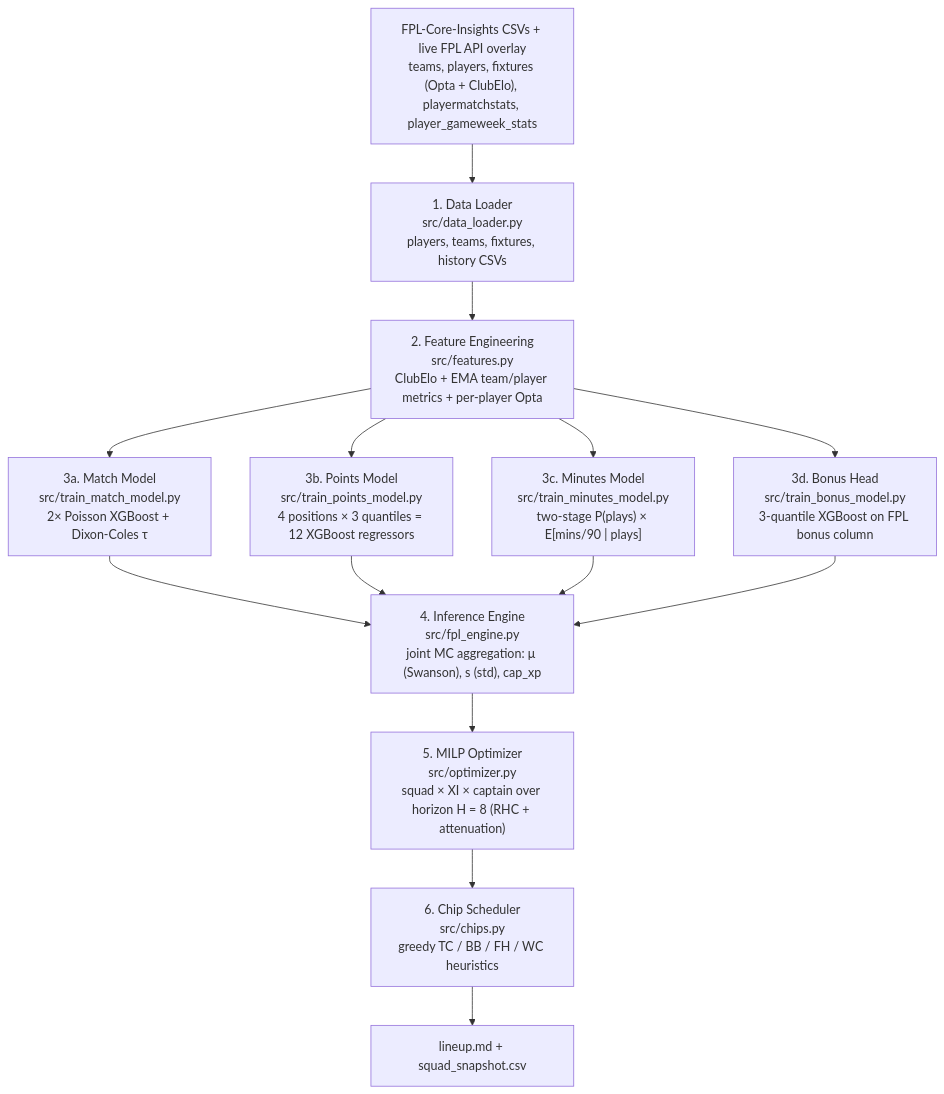
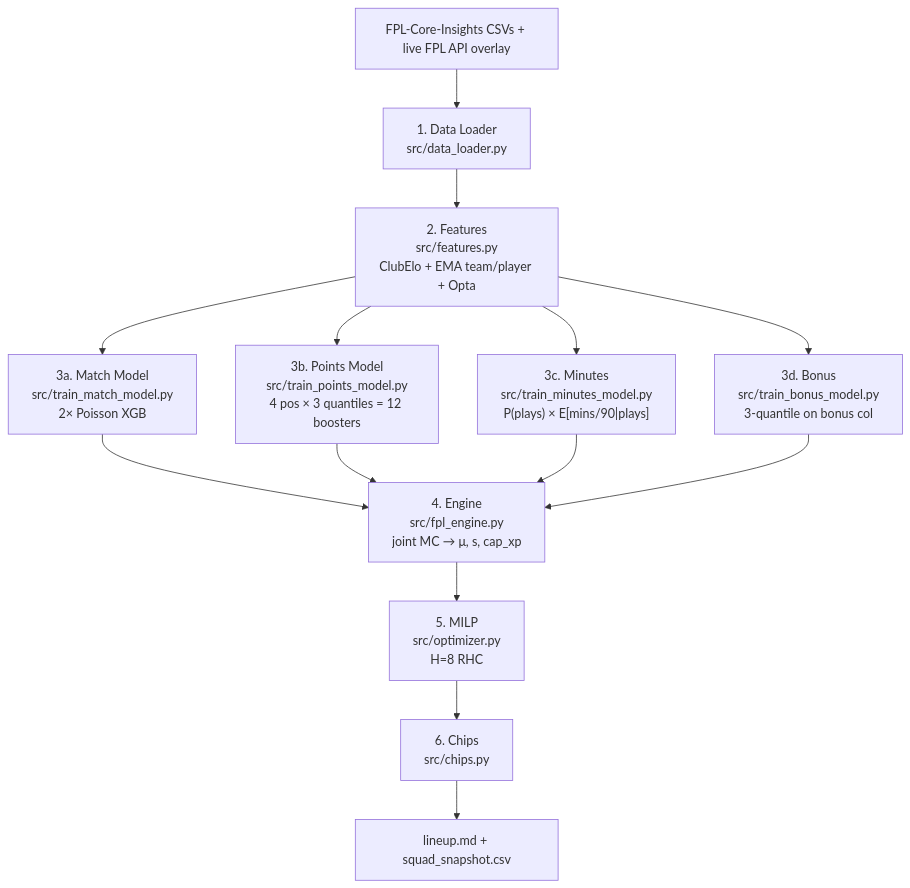
One commit to truong-tt/fpl-ml-manager changed the diagram in docs/README.md. Above: the diagram before and after it, drawn with Mermaid. The commit also changed other lines of this file and 6 other files, not shown here.

First line of the commit message:
refactor: drop Dixon-Coles tau correction

````diff
--- a/docs/README.md
+++ b/docs/README.md
@@ -38,24 +37,17 @@
 ```mermaid
 flowchart TD
-    A["FPL-Core-Insights CSVs + live FPL API overlay<br/>teams, players, fixtures (Opta + ClubElo), playermatchstats, player_gameweek_stats"]
-    B["1. Data Loader<br/>src/data_loader.py<br/>players, teams, fixtures, history CSVs"]
-    C["2. Feature Engineering<br/>src/features.py<br/>ClubElo + EMA team/player metrics + per-player Opta"]
-    D["3a. Match Model<br/>src/train_match_model.py<br/>2× Poisson XGBoost + Dixon-Coles τ"]
-    E["3b. Points Model<br/>src/train_points_model.py<br/>4 positions × 3 quantiles = 12 XGBoost regressors"]
-    M["3c. Minutes Model<br/>src/train_minutes_model.py<br/>two-stage P(plays) × E[mins/90 | plays]"]
-    N["3d. Bonus Head<br/>src/train_bonus_model.py<br/>3-quantile XGBoost on FPL bonus column"]
-    F["4. Inference Engine<br/>src/fpl_engine.py<br/>joint MC aggregation: μ (Swanson), s (std), cap_xp"]
-    G["5. MILP Optimizer<br/>src/optimizer.py<br/>squad × XI × captain over horizon H = 8 (RHC + attenuation)"]
-    H["6. Chip Scheduler<br/>src/chips.py<br/>greedy TC / BB / FH / WC heuristics"]
+    A["FPL-Core-Insights CSVs + live FPL API overlay"]
+    B["1. Data Loader<br/>src/data_loader.py"]
+    C["2. Features<br/>src/features.py<br/>ClubElo + EMA team/player + Opta"]
+    D["3a. Match Model<br/>src/train_match_model.py<br/>2× Poisson XGB"]
+    E["3b. Points Model<br/>src/train_points_model.py<br/>4 pos × 3 quantiles = 12 boosters"]
+    M["3c. Minutes<br/>src/train_minutes_model.py<br/>P(plays) × E[mins/90|plays]"]
+    N["3d. Bonus<br/>src/train_bonus_model.py<br/>3-quantile on bonus col"]
+    F["4. Engine<br/>src/fpl_engine.py<br/>joint MC → μ, s, cap_xp"]
+    G["5. MILP<br/>src/optimizer.py<br/>H=8 RHC"]
+    H["6. Chips<br/>src/chips.py"]
     I["lineup.md + squad_snapshot.csv"]
     A --> B --> C
-    C --> D
-    C --> E
-    C --> M
-    C --> N
-    D --> F
-    E --> F
-    M --> F
-    N --> F
-    F --> G --> H --> I
+    C --> D & E & M & N
+    D & E & M & N --> F --> G --> H --> I
 ```
````
